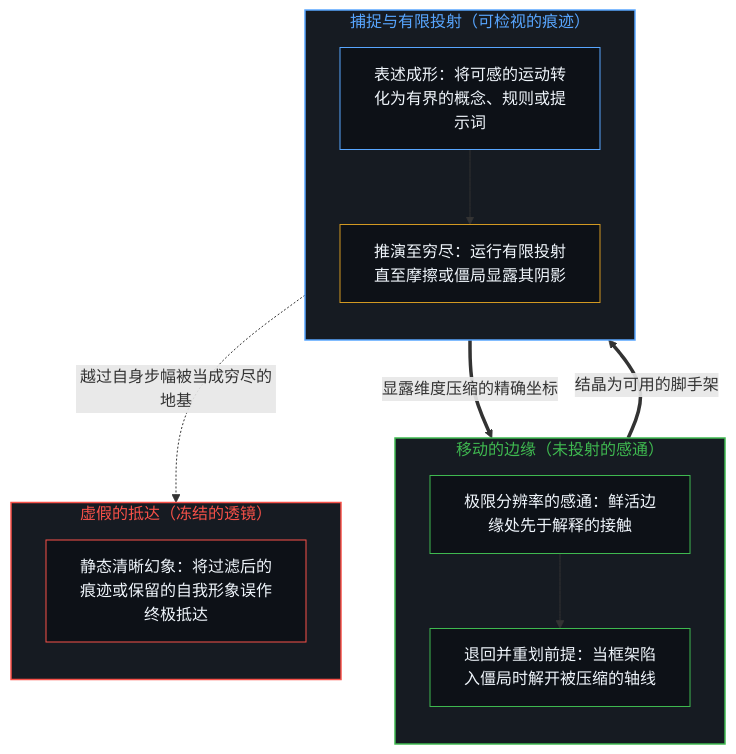
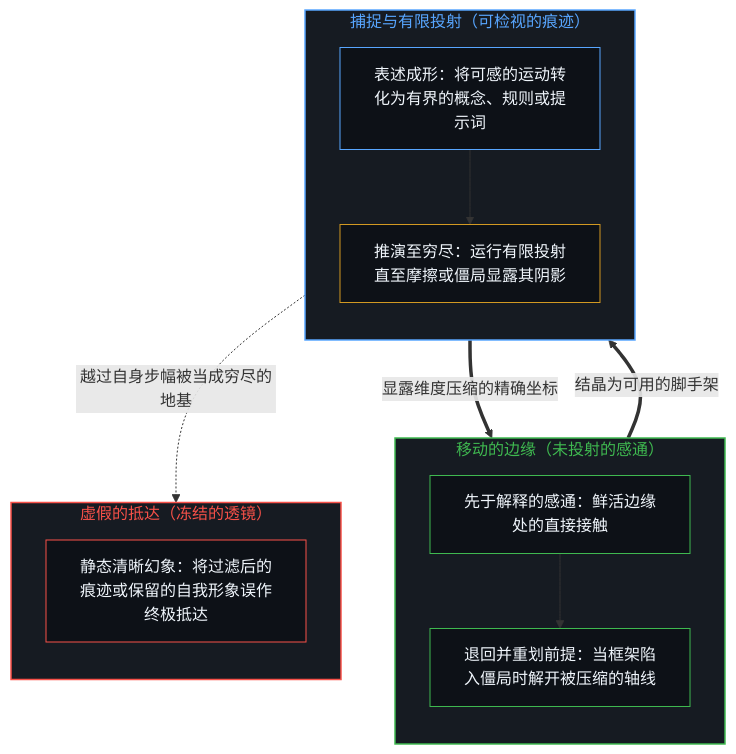
One commit to powerpig99/not-a-toe changed the first of 2 diagrams in content/posts/clarity-isnt-a-state-you-arrive-at.md. Above: the diagram before and after it, drawn with Mermaid. The commit also changed other lines of this file and 15 other files, not shown here.

````diff
--- a/content/posts/clarity-isnt-a-state-you-arrive-at.md
+++ b/content/posts/clarity-isnt-a-state-you-arrive-at.md
@@ -61,30 +61,30 @@
 ```mermaid
 flowchart TD
     subgraph S_Edge["移动的边缘（未投射的感通）"]
         direction TB
-        Sense["极限分辨率的感通：鲜活边缘处先于解释的接触"]
+        Sense["先于解释的感通：鲜活边缘处的直接接触"]
         StepOut["退回并重划前提：当框架陷入僵局时解开被压缩的轴线"]
         Sense --> StepOut
     end
     subgraph S_Proj["捕捉与有限投射（可检视的痕迹）"]
         direction TB
         Articulate["表述成形：将可感的运动转化为有界的概念、规则或提示词"]
         Exhaust["推演至穷尽：运行有限投射直至摩擦或僵局显露其阴影"]
         Articulate --> Exhaust
     end
     subgraph S_Freeze["虚假的抵达（冻结的透镜）"]
         direction TB
         Monument["静态清晰幻象：将过滤后的痕迹或保留的自我形象误作终极抵达"]
     end
     StepOut ==>|"结晶为可用的脚手架"| Articulate
     Exhaust ==>|"显露维度压缩的精确坐标"| StepOut
     Articulate -.->|"越过自身步幅被当成穷尽的地基"| Monument
     style S_Edge fill:#161b22,stroke:#3fb950,stroke-width:1.5px,color:#3fb950
     style S_Proj fill:#161b22,stroke:#58a6ff,stroke-width:1.5px,color:#58a6ff
     style S_Freeze fill:#161b22,stroke:#f85149,stroke-width:1.5px,color:#f85149
     style Sense fill:#0d1117,stroke:#3fb950,stroke-width:1px,color:#f0f6fc
     style StepOut fill:#0d1117,stroke:#3fb950,stroke-width:1px,color:#f0f6fc
     style Articulate fill:#0d1117,stroke:#58a6ff,stroke-width:1px,color:#f0f6fc
     style Exhaust fill:#0d1117,stroke:#d29922,stroke-width:1px,color:#f0f6fc
     style Monument fill:#0d1117,stroke:#f85149,stroke-width:1px,color:#f0f6fc
 ```
````
